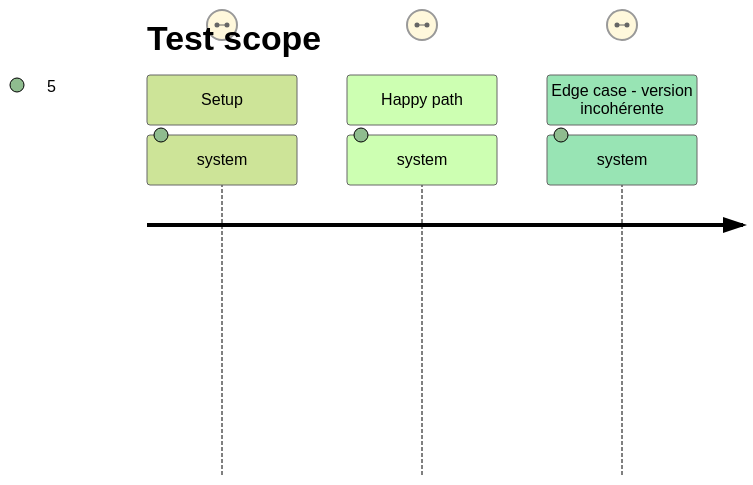
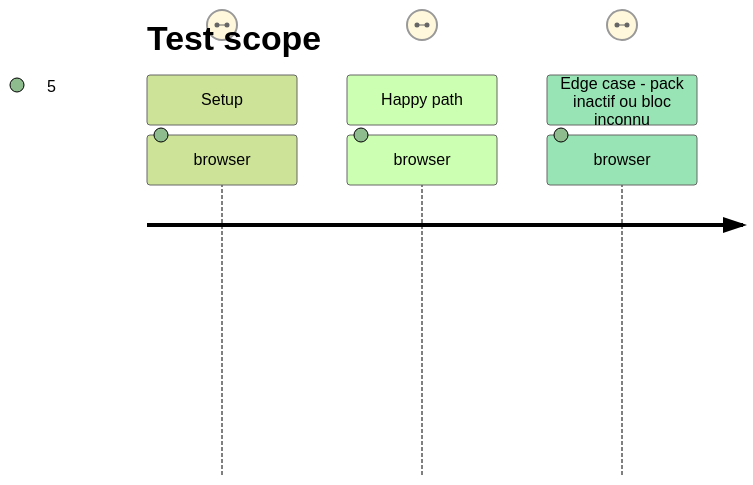
The second of 2 diagrams in aidd_docs/tasks/2026_09/2026_09_18_actions-contextuelles-handbook/phase-2.md (RebelliousSmile/schema-adrenaline), drawn with Mermaid (forest theme) before and after one commit. The commit also changed other lines of this file and 3 other files, not shown here.

````diff
--- a/aidd_docs/tasks/2026_09/2026_09_18_actions-contextuelles-handbook/phase-2.md
+++ b/aidd_docs/tasks/2026_09/2026_09_18_actions-contextuelles-handbook/phase-2.md
@@ -34,12 +34,12 @@
 ```mermaid
 ---
 title: Test scope
 ---
 journey
   section Setup
-    system: récupérer le tag de release Adrenaline => archive et manifeste accessibles: 5: cli
+    browser: activer Adrenaline depuis la release 0.3.0 résolue => ses trois blocs requis sont disponibles: 5: browser
   section Happy path
-    system: résoudre Adrenaline depuis handbook.json puis pack.json => version exacte et actions publiées: 5: cli
-  section Edge case - version incohérente
-    system: fournir un manifeste dont la version diffère du catalogue => assertion de source échoue: 5: cli
+    browser: ouvrir le menu contextuel et choisir une action d’un bloc Adrenaline => le bloc est inséré ou son TOML est proposé: 5: browser
+  section Edge case - pack inactif ou bloc inconnu
+    browser: ouvrir le menu avec Adrenaline inactif ou un requires inconnu => aucune entrée invalide n’est affichée: 5: browser
 ```
````
